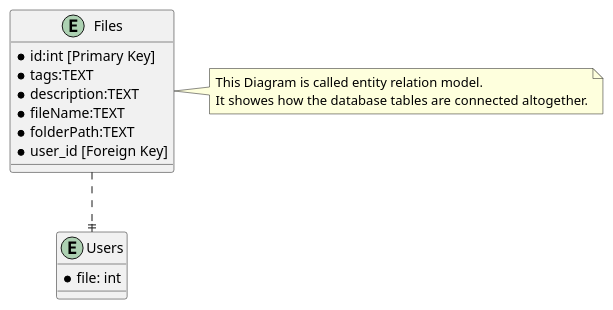
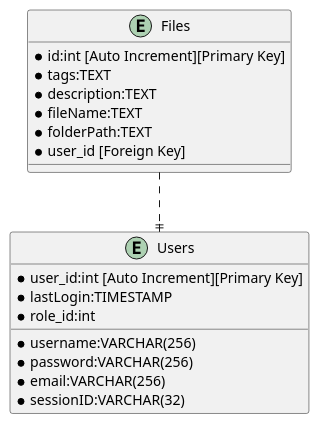
The diagram in fileER.wsd (Maytastico/macaronipanel-development), drawn with PlantUML before and after one commit. The commit also changed 1 other file, not shown here.

Commit message:
Updatet User ER

```diff
--- a/fileER.wsd
+++ b/fileER.wsd
@@ -1,21 +1,22 @@
  @startuml
  entity Files{
-        *id:int [Primary Key]
+        *id:int [Auto Increment][Primary Key]
         *tags:TEXT
         *description:TEXT
         *fileName:TEXT
         *folderPath:TEXT
         *user_id [Foreign Key]
     } 
 
     entity Users{
-        *file: int
+        *user_id:int [Auto Increment][Primary Key]
+        *username:VARCHAR(256)
+        *password:VARCHAR(256)
+        *email:VARCHAR(256)
+        *lastLogin:TIMESTAMP
+        *sessionID:VARCHAR(32)
+        *role_id:int
     }
 
     Files ..|| Users
-
-    note right of Files
-        This Diagram is called entity relation model.
-        It showes how the database tables are connected altogether.
-    end note 
 @enduml
```
